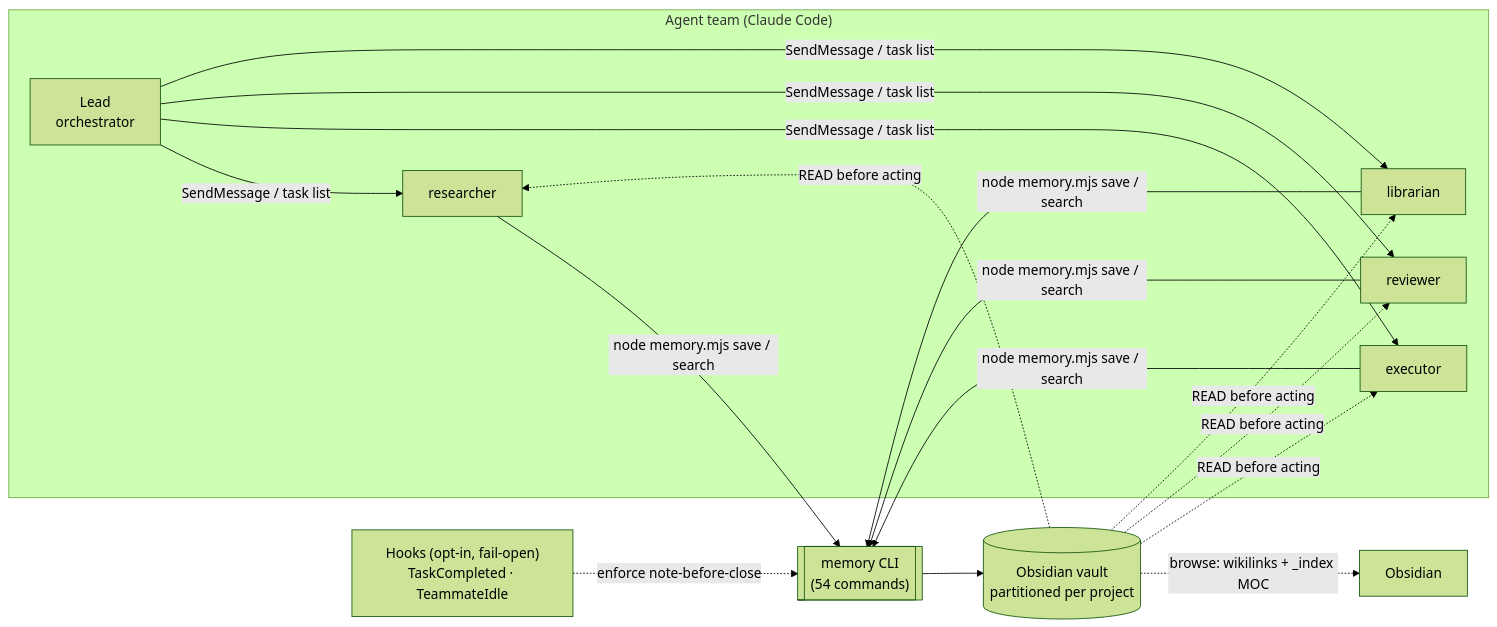
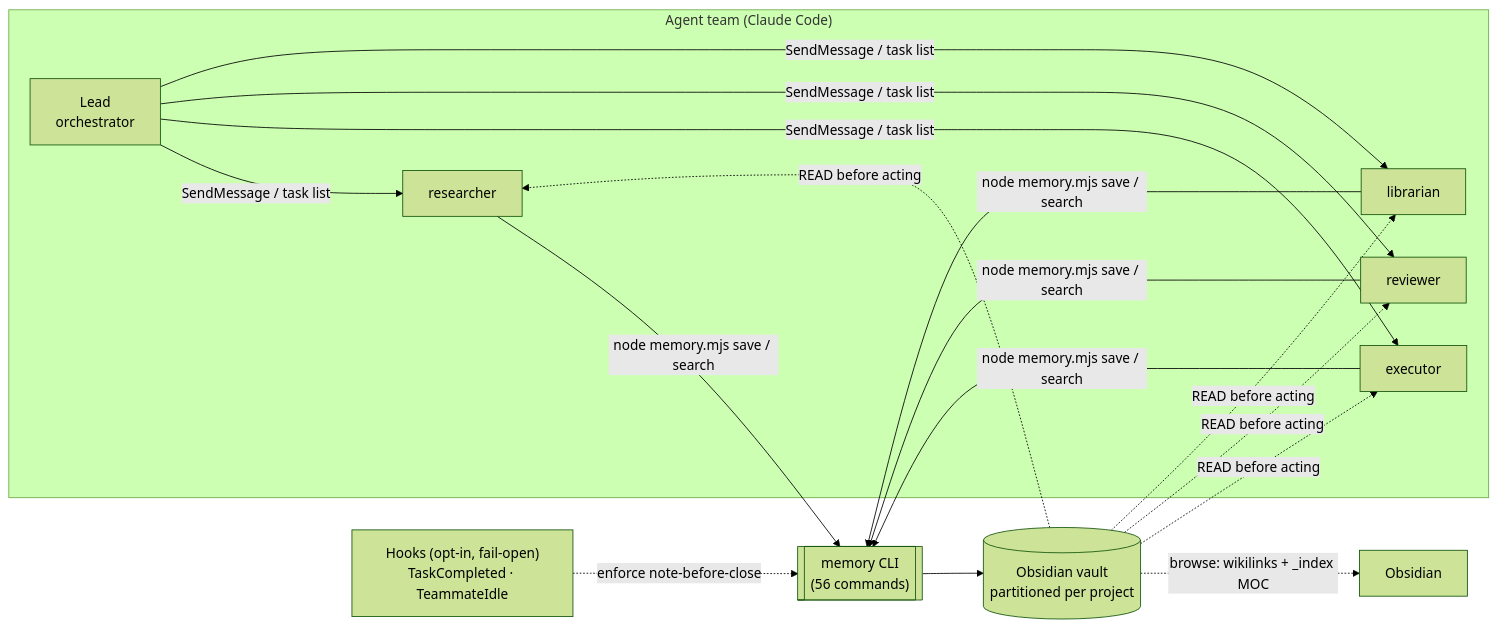
One commit to MatheusChiodi/AgentTeam-Memory changed the first of 6 diagrams in README.md. Above: the diagram before and after it, drawn with Mermaid (forest theme). The commit also changed other lines of this file and 72 other files, not shown here.

````diff
--- a/README.md
+++ b/README.md
@@ -91,16 +91,16 @@
 ```mermaid
 flowchart LR
   subgraph Team["Agent team (Claude Code)"]
     LEAD["Lead<br/>orchestrator"]
     R["researcher"]
     E["executor"]
     V["reviewer"]
     L["librarian"]
   end
   LEAD -->|SendMessage / task list| R & E & V & L
-  R & E & V & L -->|"node memory.mjs save / search"| CLI[["memory CLI<br/>(54 commands)"]]
+  R & E & V & L -->|"node memory.mjs save / search"| CLI[["memory CLI<br/>(56 commands)"]]
   CLI --> VAULT[("Obsidian vault<br/>partitioned per project")]
   VAULT -.->|"READ before acting"| R & E & V & L
   HOOKS["Hooks (opt-in, fail-open)<br/>TaskCompleted · TeammateIdle"] -.->|enforce note-before-close| CLI
   VAULT -.->|browse: wikilinks + _index MOC| OBS["Obsidian"]
 ```
````
